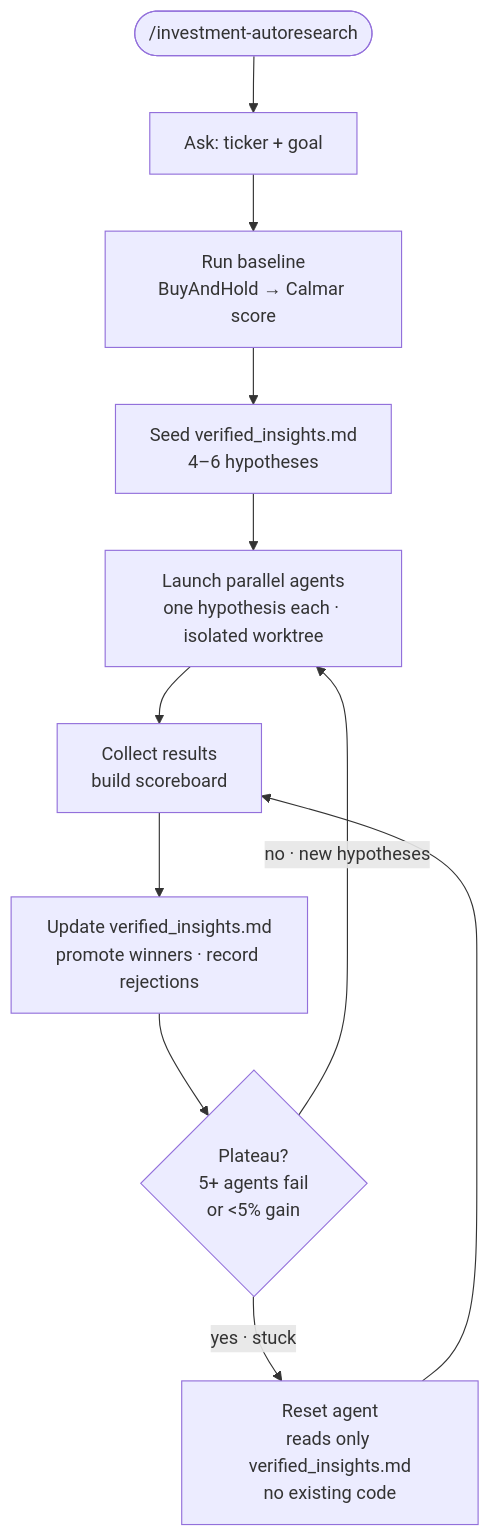
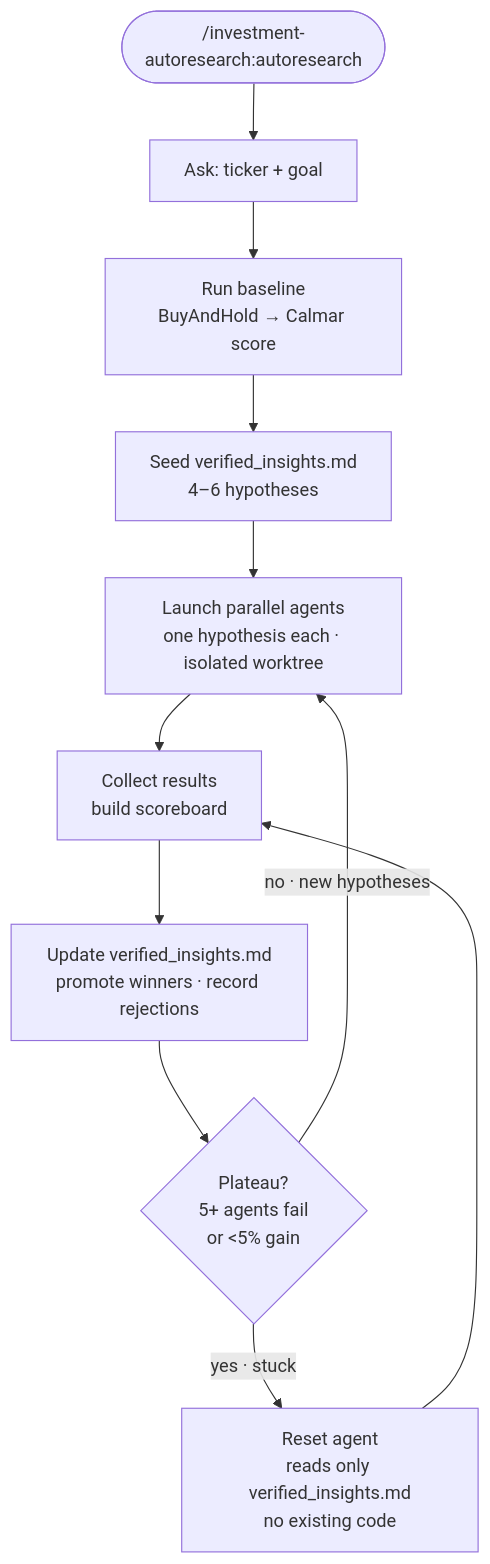
One commit to lucemia/investment-autoresearch changed the diagram in README.md. Above: the diagram before and after it, drawn with Mermaid. The commit also changed other lines of this file and 8 other files, not shown here.

````diff
--- a/README.md
+++ b/README.md
@@ -20,13 +20,13 @@
 ```mermaid
 flowchart TD
-    A(["/investment-autoresearch"]) --> B["Ask: ticker + goal"]
+    A(["/investment-autoresearch:autoresearch"]) --> B["Ask: ticker + goal"]
     B --> C["Run baseline\nBuyAndHold → Calmar score"]
     C --> D["Seed verified_insights.md\n4–6 hypotheses"]
     D --> E["Launch parallel agents\none hypothesis each · isolated worktree"]
     E --> F["Collect results\nbuild scoreboard"]
     F --> G["Update verified_insights.md\npromote winners · record rejections"]
     G --> H{Plateau?\n5+ agents fail\nor <5% gain}
     H -- "no · new hypotheses" --> E
     H -- "yes · stuck" --> I["Reset agent\nreads only verified_insights.md\nno existing code"]
     I --> F
 ```
````
